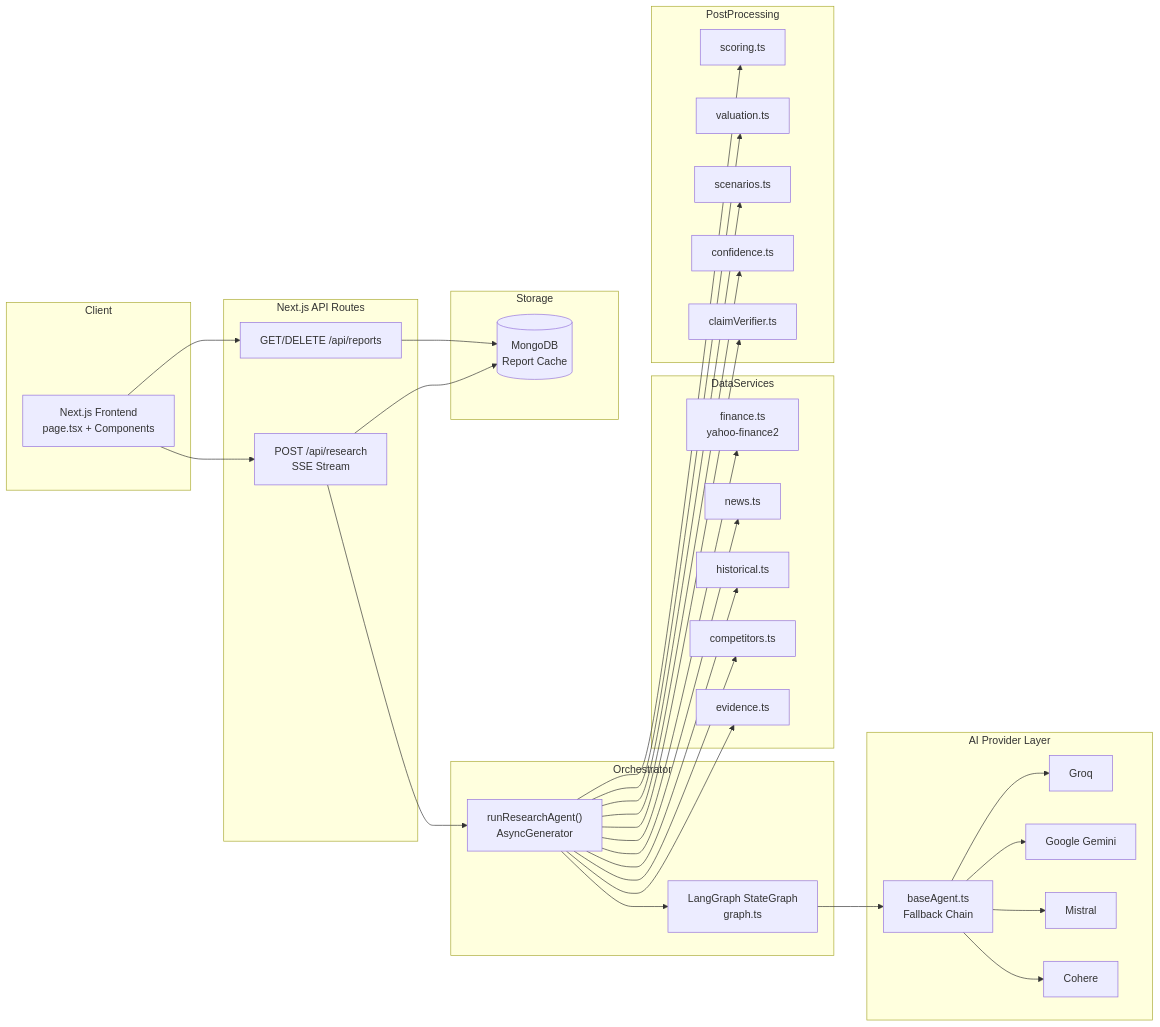
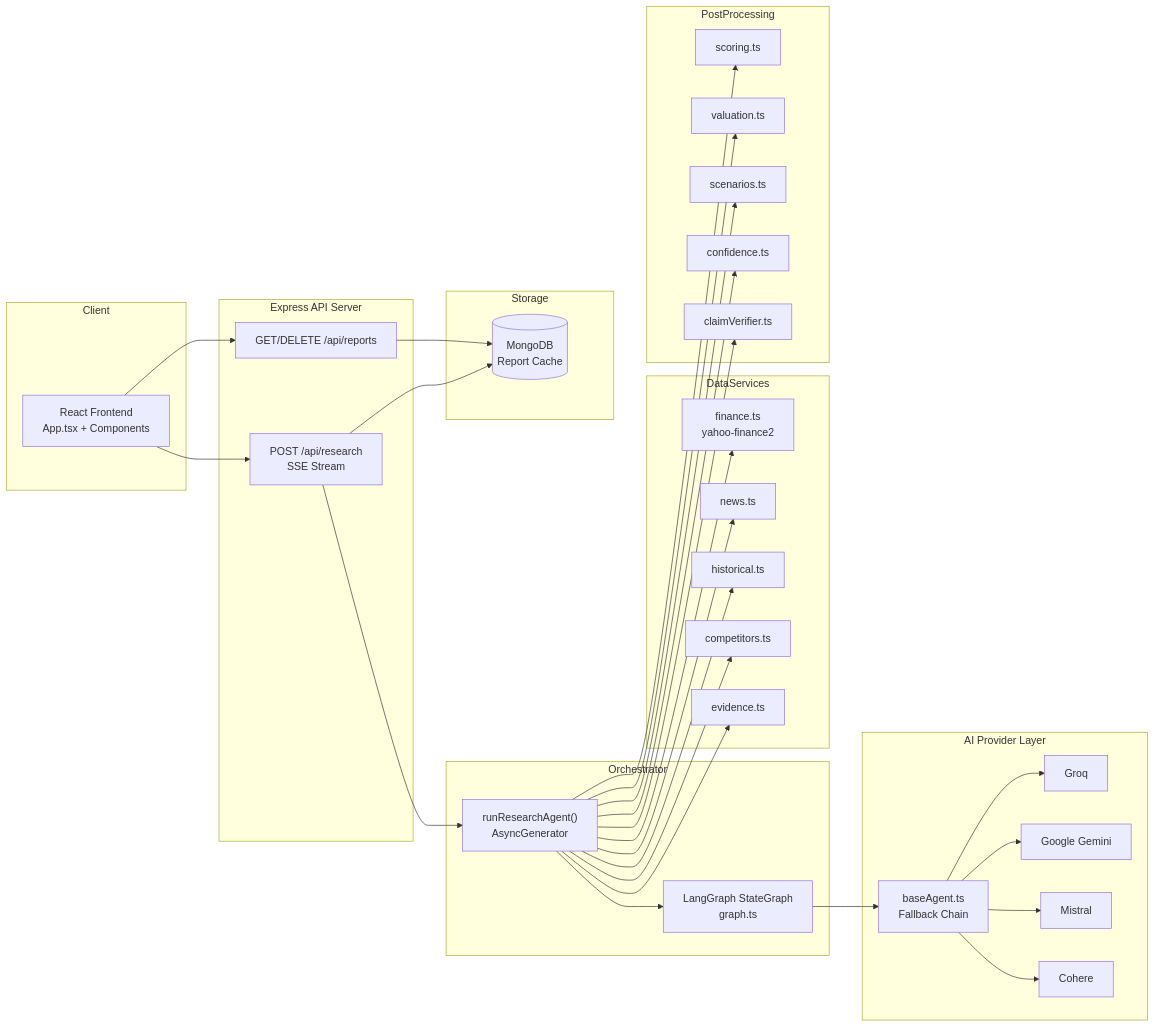
Before and after one commit to Akshatgupta000/invest: the second of 2 diagrams in README.md, drawn with Mermaid. The commit also changed other lines of this file and 34433 other files, not shown here.

````diff
--- a/README.md
+++ b/README.md
@@ -228,66 +230,66 @@
 ```mermaid
 flowchart LR
     subgraph Client
-        UI[Next.js Frontend<br/>page.tsx + Components]
+        UI[React Frontend<br/>App.tsx + Components]
     end
 
-    subgraph API["Next.js API Routes"]
+    subgraph API["Express API Server"]
         Research["POST /api/research<br/>SSE Stream"]
         Reports["GET/DELETE /api/reports"]
     end
 
     subgraph Orchestrator
         Agent["runResearchAgent()<br/>AsyncGenerator"]
         Graph["LangGraph StateGraph<br/>graph.ts"]
     end
 
     subgraph DataServices
         Finance["finance.ts<br/>yahoo-finance2"]
         News["news.ts"]
         Historical["historical.ts"]
         Competitors["competitors.ts"]
         Evidence["evidence.ts"]
     end
 
     subgraph AI["AI Provider Layer"]
         Base["baseAgent.ts<br/>Fallback Chain"]
         Groq["Groq"]
         Gemini["Google Gemini"]
         Mistral["Mistral"]
         Cohere["Cohere"]
     end
 
     subgraph PostProcessing
         Scoring["scoring.ts"]
         Valuation["valuation.ts"]
         Scenarios["scenarios.ts"]
         Confidence["confidence.ts"]
         Verifier["claimVerifier.ts"]
     end
 
     subgraph Storage
         MongoDB[(MongoDB<br/>Report Cache)]
     end
 
     UI --> Research
     UI --> Reports
     Research --> Agent
     Agent --> Finance
     Agent --> News
     Agent --> Historical
     Agent --> Competitors
     Agent --> Evidence
     Agent --> Graph
     Graph --> Base
     Base --> Groq
     Base --> Gemini
     Base --> Mistral
     Base --> Cohere
     Agent --> Scoring
     Agent --> Valuation
     Agent --> Scenarios
     Agent --> Confidence
     Agent --> Verifier
     Research --> MongoDB
     Reports --> MongoDB
 ```
````
